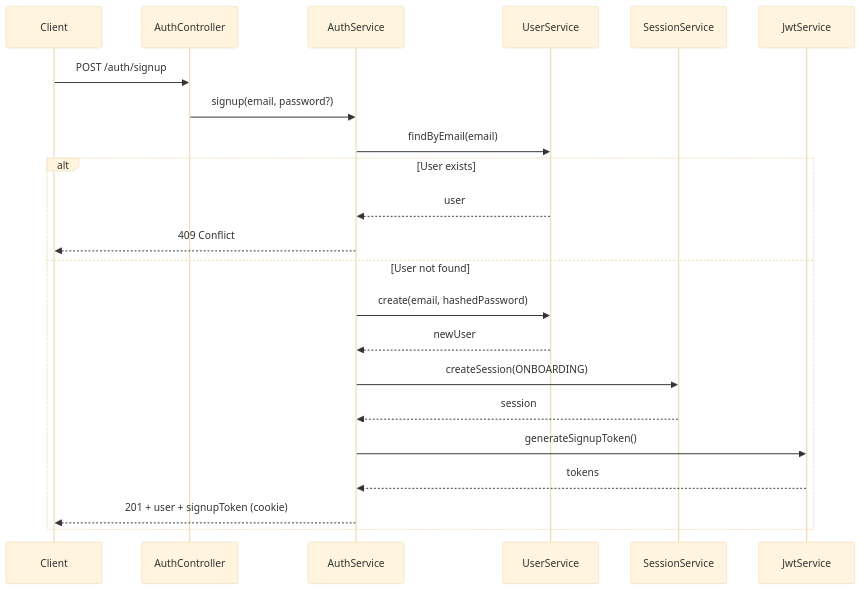
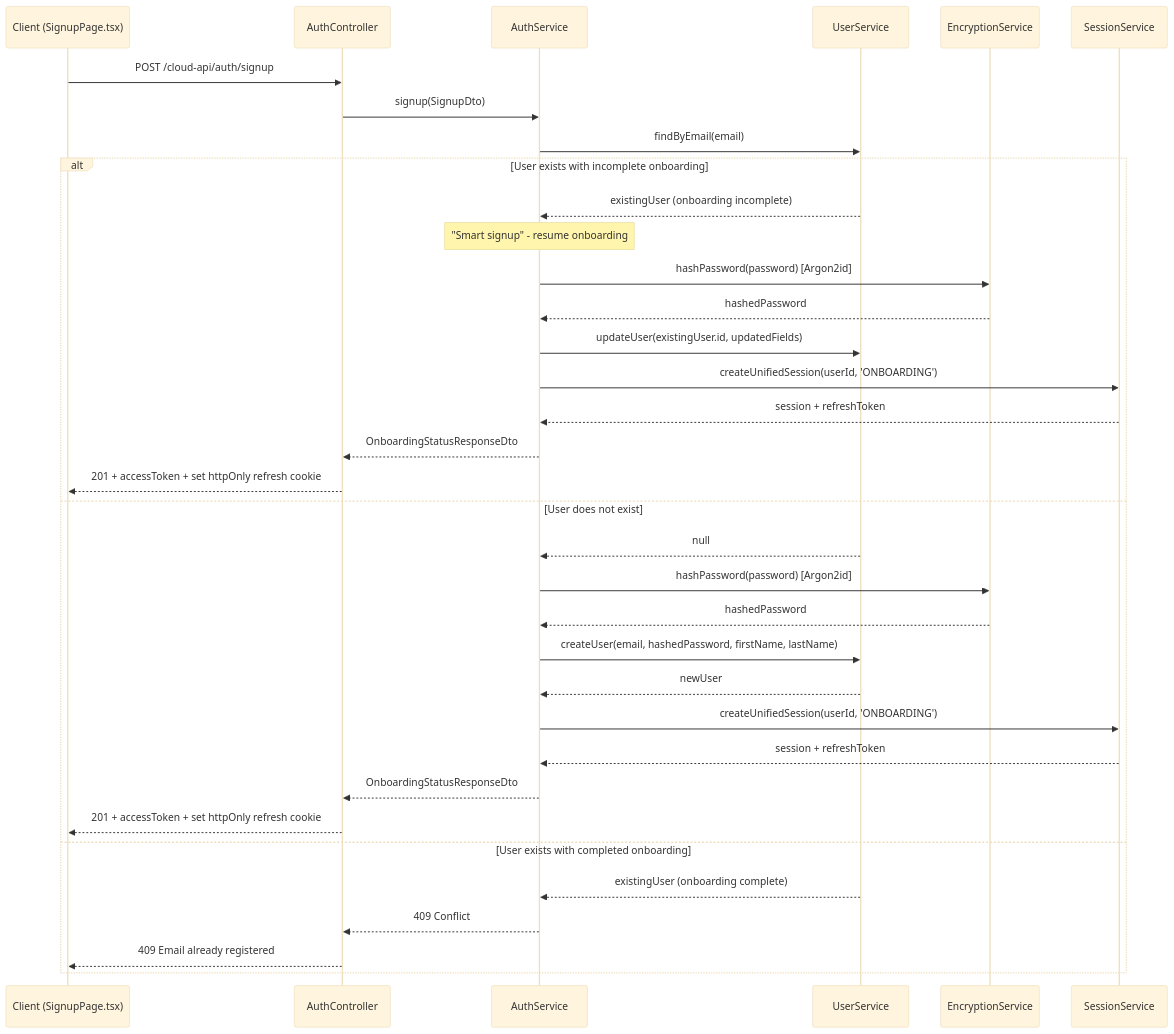
Before and after one commit to vritti-ai-platforms/developer-docs: the first of 4 diagrams in features/auth/signup-login.mdx, drawn with Mermaid (base theme). The commit also changed other lines of this file and 25 other files, not shown here.

Commit message:
Remove onboarding documentation for password setup, phone verification, and passkeys

````diff
--- a/features/auth/signup-login.mdx
+++ b/features/auth/signup-login.mdx
@@ -46,25 +44,38 @@
 ```mermaid
 sequenceDiagram
-    participant Client
-    participant AuthController
+    participant Client as Client (SignupPage.tsx)
+    participant Controller as AuthController
     participant AuthService
     participant UserService
+    participant EncryptionService
     participant SessionService
-    participant JwtService
 
-    Client->>AuthController: POST /auth/signup
-    AuthController->>AuthService: signup(email, password?)
+    Client->>Controller: POST /cloud-api/auth/signup
+    Controller->>AuthService: signup(SignupDto)
     AuthService->>UserService: findByEmail(email)
-    alt User exists
-        UserService-->>AuthService: user
-        AuthService-->>Client: 409 Conflict
-    else User not found
-        AuthService->>UserService: create(email, hashedPassword)
+    alt User exists with incomplete onboarding
+        UserService-->>AuthService: existingUser (onboarding incomplete)
+        Note over AuthService: "Smart signup" - resume onboarding
+        AuthService->>EncryptionService: hashPassword(password) [Argon2id]
+        EncryptionService-->>AuthService: hashedPassword
+        AuthService->>UserService: updateUser(existingUser.id, updatedFields)
+        AuthService->>SessionService: createUnifiedSession(userId, 'ONBOARDING')
+        SessionService-->>AuthService: session + refreshToken
+        AuthService-->>Controller: OnboardingStatusResponseDto
+        Controller-->>Client: 201 + accessToken + set httpOnly refresh cookie
+    else User does not exist
+        UserService-->>AuthService: null
+        AuthService->>EncryptionService: hashPassword(password) [Argon2id]
+        EncryptionService-->>AuthService: hashedPassword
+        AuthService->>UserService: createUser(email, hashedPassword, firstName, lastName)
         UserService-->>AuthService: newUser
-        AuthService->>SessionService: createSession(ONBOARDING)
-        SessionService-->>AuthService: session
-        AuthService->>JwtService: generateSignupToken()
-        JwtService-->>AuthService: tokens
-        AuthService-->>Client: 201 + user + signupToken (cookie)
+        AuthService->>SessionService: createUnifiedSession(userId, 'ONBOARDING')
+        SessionService-->>AuthService: session + refreshToken
+        AuthService-->>Controller: OnboardingStatusResponseDto
+        Controller-->>Client: 201 + accessToken + set httpOnly refresh cookie
+    else User exists with completed onboarding
+        UserService-->>AuthService: existingUser (onboarding complete)
+        AuthService-->>Controller: 409 Conflict
+        Controller-->>Client: 409 Email already registered
     end
 ```
````
